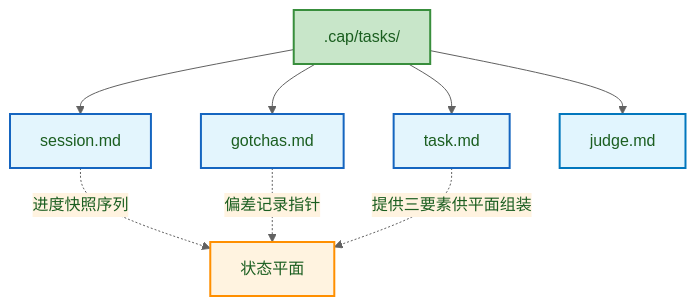
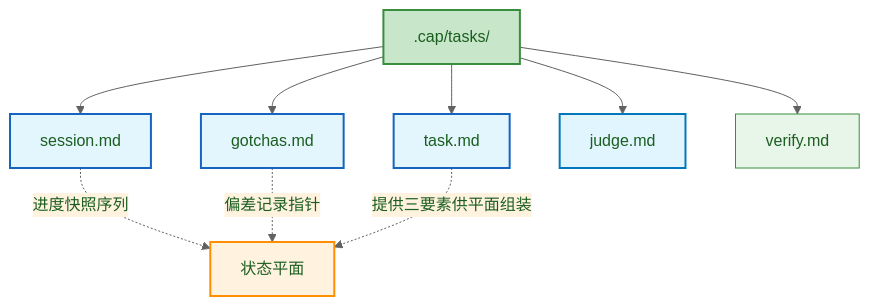
One commit to Lazyn0tBug/mem0ress changed the sixth of 8 diagrams in docs/SPEC.md. Above: the diagram before and after it, drawn with Mermaid. The commit also changed 3 other files, not shown here.

First line of the commit message:
docs: fix scattered inconsistencies across SPEC, PROTOCOL, SCHEMA, design.md

````diff
--- a/docs/SPEC.md
+++ b/docs/SPEC.md
@@ -418,29 +418,31 @@
 ```mermaid
 %% label：.cap 文件树与概念映射
 %%{ init: { 'theme': 'base', 'themeVariables': { 'primaryColor': '#e8f5e9', 'primaryTextColor': '#1b5e20', 'primaryBorderColor': '#388e3c', 'lineColor': '#616161', 'secondaryColor': '#fff3e0', 'tertiaryColor': '#fafafa' } } }%%
 graph TD
     ROOT[".cap/tasks/"]
     TMPL["task.md"]
     SESS["session.md"]
     GOT["gotchas.md"]
     JDG["judge.md"]
+    VRF["verify.md"]
 
     ROOT --> TMPL
     ROOT --> SESS
     ROOT --> GOT
     ROOT --> JDG
+    ROOT --> VRF
 
     SESS -.->|进度快照序列| SP["状态平面"]
     GOT -.->|偏差记录指针| SP
     TMPL -.->|提供三要素供平面组装| SP
 
     classDef dir fill:#c8e6c9,stroke:#388e3c,stroke-width:2px;
     classDef file fill:#e3f5fd,stroke:#1565c0,stroke-width:2px;
     classDef judge fill:#e1f5fe,stroke:#0277bd,stroke-width:2px;
     classDef plane fill:#fff3e0,stroke:#ff8f00,stroke-width:2px;
     classDef ref fill:#fff3e0,stroke:#ff8f00,stroke-width:1px,stroke-dasharray:5,5;
     class ROOT dir;
     class TMPL,SESS,GOT file;
     class JDG judge;
     class SP plane;
 ```
````
